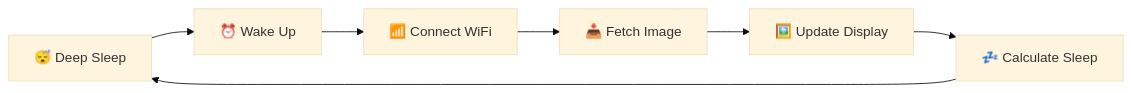
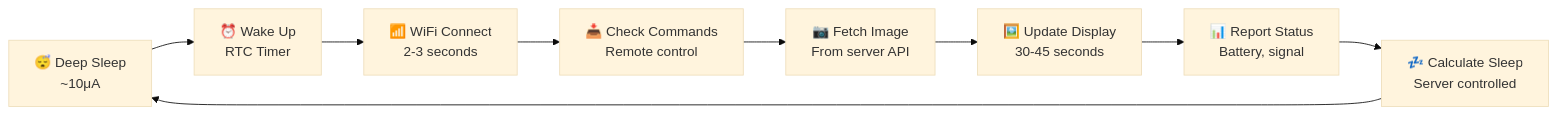
The diagram in README.md (CHaerem/Glance), drawn with Mermaid (base theme) before and after one commit. The commit also changed other lines of this file and 29 other files, not shown here.

````diff
--- a/README.md
+++ b/README.md
@@ -66,9 +120,11 @@
 ```mermaid
 graph LR
-    A[😴 Deep Sleep] --> B[⏰ Wake Up]
-    B --> C[📶 Connect WiFi]
-    C --> D[📥 Fetch Image]
-    D --> E[🖼️ Update Display]
-    E --> F[💤 Calculate Sleep]
-    F --> A
+    A[😴 Deep Sleep<br/>~10μA] --> B[⏰ Wake Up<br/>RTC Timer]
+    B --> C[📶 WiFi Connect<br/>2-3 seconds]
+    C --> D[📥 Check Commands<br/>Remote control]
+    D --> E[📷 Fetch Image<br/>From server API]
+    E --> F[🖼️ Update Display<br/>30-45 seconds]
+    F --> G[📊 Report Status<br/>Battery, signal]
+    G --> H[💤 Calculate Sleep<br/>Server controlled]
+    H --> A
 ```
````
